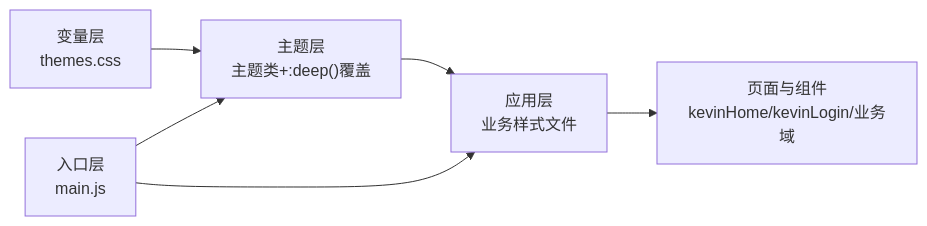
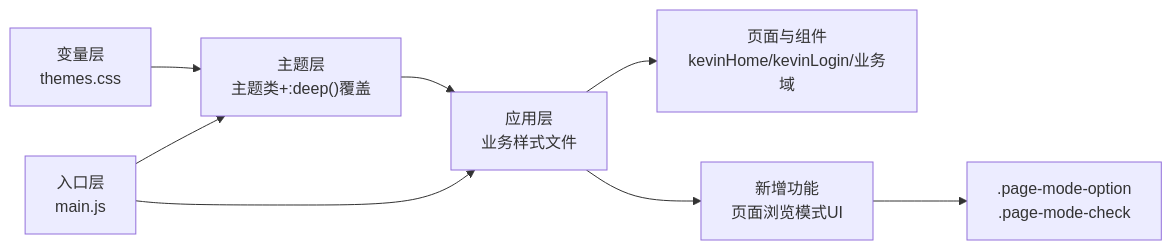
The second of 6 diagrams in .qoder/repowiki/zh/content/前端架构/UI样式/UI样式.md (junkai-li/NetCoreKevin), drawn with Mermaid before and after one commit. The commit also changed other lines of this file and 39 other files, not shown here.

````diff
--- a/.qoder/repowiki/zh/content/前端架构/UI样式/UI样式.md
+++ b/.qoder/repowiki/zh/content/前端架构/UI样式/UI样式.md
@@ -99,8 +110,10 @@
 ```mermaid
 graph LR
 V["变量层<br/>themes.css"] --> T["主题层<br/>主题类+:deep()覆盖"]
 T --> U["应用层<br/>业务样式文件"]
 M["入口层<br/>main.js"] --> T
 M --> U
 U --> P["页面与组件<br/>kevinHome/kevinLogin/业务域"]
+U --> N["新增功能<br/>页面浏览模式UI"]
+N --> O[".page-mode-option<br/>.page-mode-check"]
 ```
````
